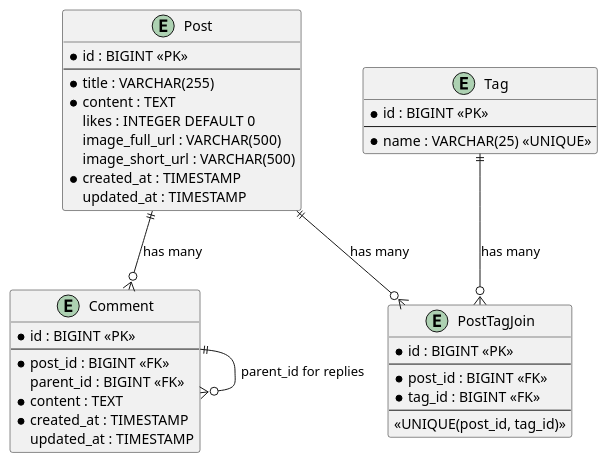
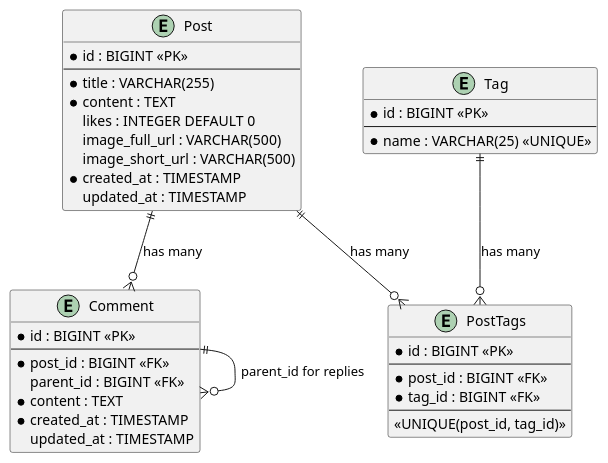
Before and after one commit to ksa-git-01/middle-java-sprint-3: the diagram in src/main/diagrams/er-diagram.puml, drawn with PlantUML. The commit also changed 5 other files, not shown here.

```diff
--- a/src/main/diagrams/er-diagram.puml
+++ b/src/main/diagrams/er-diagram.puml
@@ -1,44 +1,44 @@
 @startuml
 entity Post {
   * id : BIGINT <<PK>>
   --
   * title : VARCHAR(255)
   * content : TEXT
   likes : INTEGER DEFAULT 0
   image_full_url : VARCHAR(500)
   image_short_url : VARCHAR(500)
   * created_at : TIMESTAMP
   updated_at : TIMESTAMP
 }
 
 entity Comment {
   * id : BIGINT <<PK>>
   --
   * post_id : BIGINT <<FK>>
   parent_id : BIGINT <<FK>>
   * content : TEXT
   * created_at : TIMESTAMP
   updated_at : TIMESTAMP
 }
 
 entity Tag {
   * id : BIGINT <<PK>>
   --
   * name : VARCHAR(25) <<UNIQUE>>
 }
 
-entity PostTagJoin {
+entity PostTags {
   * id : BIGINT <<PK>>
   --
   * post_id : BIGINT <<FK>>
   * tag_id : BIGINT <<FK>>
   --
   <<UNIQUE(post_id, tag_id)>>
 }
 
 Post ||--o{ Comment : "has many"
-Post ||--o{ PostTagJoin : "has many"
-Tag ||--o{ PostTagJoin : "has many"
+Post ||--o{ PostTags : "has many"
+Tag ||--o{ PostTags : "has many"
 Comment ||--o{ Comment : "parent_id for replies"
 
 @enduml
```
